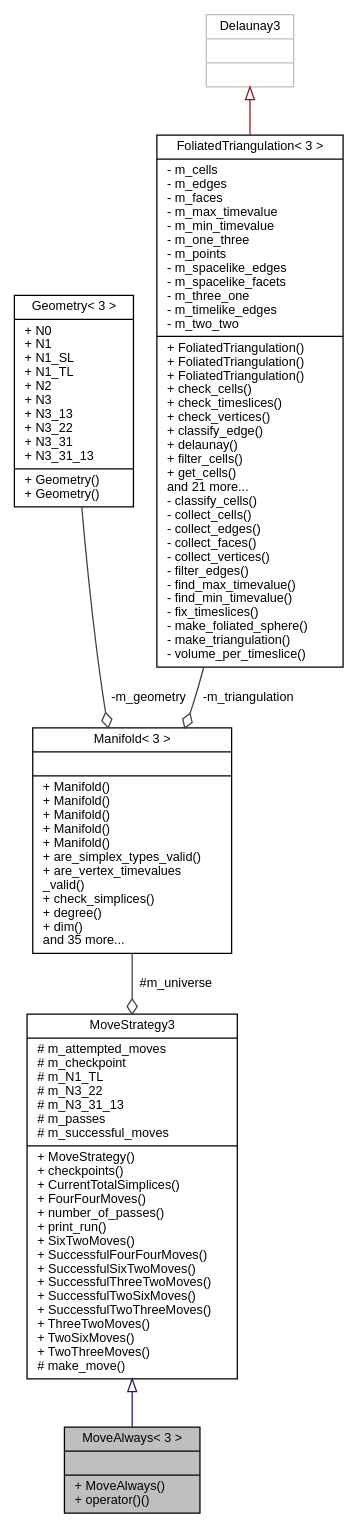
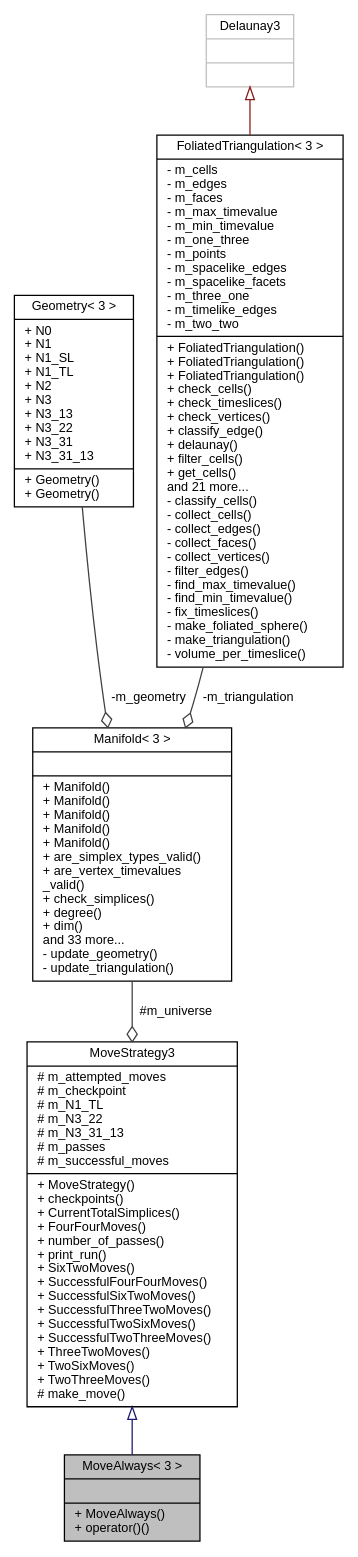
Before and after one commit to acgetchell/CDT-plusplus: the diagram in class_move_always_3_013_01_4__coll__graph.dot, drawn with Graphviz. The commit also changed 232 other files, not shown here.

```diff
--- a/class_move_always_3_013_01_4__coll__graph.dot
+++ b/class_move_always_3_013_01_4__coll__graph.dot
@@ -1,17 +1,17 @@
 digraph "MoveAlways&lt; 3 &gt;"
 {
  // LATEX_PDF_SIZE
   edge [fontname="Helvetica",fontsize="10",labelfontname="Helvetica",labelfontsize="10"];
   node [fontname="Helvetica",fontsize="10",shape=record];
   Node1 [label="{MoveAlways\< 3 \>\n||+ MoveAlways()\l+ operator()()\l}",height=0.2,width=0.4,color="black", fillcolor="grey75", style="filled", fontcolor="black",tooltip=" "];
   Node2 -> Node1 [dir="back",color="midnightblue",fontsize="10",style="solid",arrowtail="onormal",fontname="Helvetica"];
   Node2 [label="{MoveStrategy3\n|# m_attempted_moves\l# m_checkpoint\l# m_N1_TL\l# m_N3_22\l# m_N3_31_13\l# m_passes\l# m_successful_moves\l|+ MoveStrategy()\l+ checkpoints()\l+ CurrentTotalSimplices()\l+ FourFourMoves()\l+ number_of_passes()\l+ print_run()\l+ SixTwoMoves()\l+ SuccessfulFourFourMoves()\l+ SuccessfulSixTwoMoves()\l+ SuccessfulThreeTwoMoves()\l+ SuccessfulTwoSixMoves()\l+ SuccessfulTwoThreeMoves()\l+ ThreeTwoMoves()\l+ TwoSixMoves()\l+ TwoThreeMoves()\l# make_move()\l}",height=0.2,width=0.4,color="black", fillcolor="white", style="filled",URL="$class_move_strategy_3_013_01_4.html",tooltip=" "];
   Node3 -> Node2 [color="grey25",fontsize="10",style="solid",label=" #m_universe" ,arrowhead="odiamond",fontname="Helvetica"];
-  Node3 [label="{Manifold\< 3 \>\n||+ Manifold()\l+ Manifold()\l+ Manifold()\l+ Manifold()\l+ Manifold()\l+ are_simplex_types_valid()\l+ are_vertex_timevalues\l_valid()\l+ check_simplices()\l+ degree()\l+ dim()\land 35 more...\l}",height=0.2,width=0.4,color="black", fillcolor="white", style="filled",URL="$class_manifold_3_013_01_4.html",tooltip="3D Manifold"];
+  Node3 [label="{Manifold\< 3 \>\n||+ Manifold()\l+ Manifold()\l+ Manifold()\l+ Manifold()\l+ Manifold()\l+ are_simplex_types_valid()\l+ are_vertex_timevalues\l_valid()\l+ check_simplices()\l+ degree()\l+ dim()\land 33 more...\l- update_geometry()\l- update_triangulation()\l}",height=0.2,width=0.4,color="black", fillcolor="white", style="filled",URL="$class_manifold_3_013_01_4.html",tooltip="3D Manifold"];
   Node4 -> Node3 [color="grey25",fontsize="10",style="solid",label=" -m_geometry" ,arrowhead="odiamond",fontname="Helvetica"];
   Node4 [label="{Geometry\< 3 \>\n|+ N0\l+ N1\l+ N1_SL\l+ N1_TL\l+ N2\l+ N3\l+ N3_13\l+ N3_22\l+ N3_31\l+ N3_31_13\l|+ Geometry()\l+ Geometry()\l}",height=0.2,width=0.4,color="black", fillcolor="white", style="filled",URL="$struct_geometry_3_013_01_4.html",tooltip="3D Geometry"];
   Node5 -> Node3 [color="grey25",fontsize="10",style="solid",label=" -m_triangulation" ,arrowhead="odiamond",fontname="Helvetica"];
   Node5 [label="{FoliatedTriangulation\< 3 \>\n|- m_cells\l- m_edges\l- m_faces\l- m_max_timevalue\l- m_min_timevalue\l- m_one_three\l- m_points\l- m_spacelike_edges\l- m_spacelike_facets\l- m_three_one\l- m_timelike_edges\l- m_two_two\l|+ FoliatedTriangulation()\l+ FoliatedTriangulation()\l+ FoliatedTriangulation()\l+ check_cells()\l+ check_timeslices()\l+ check_vertices()\l+ classify_edge()\l+ delaunay()\l+ filter_cells()\l+ get_cells()\land 21 more...\l- classify_cells()\l- collect_cells()\l- collect_edges()\l- collect_faces()\l- collect_vertices()\l- filter_edges()\l- find_max_timevalue()\l- find_min_timevalue()\l- fix_timeslices()\l- make_foliated_sphere()\l- make_triangulation()\l- volume_per_timeslice()\l}",height=0.2,width=0.4,color="black", fillcolor="white", style="filled",URL="$class_foliated_triangulation_3_013_01_4.html",tooltip="3D Triangulation"];
   Node6 -> Node5 [dir="back",color="firebrick4",fontsize="10",style="solid",arrowtail="onormal",fontname="Helvetica"];
   Node6 [label="{Delaunay3\n||}",height=0.2,width=0.4,color="grey75", fillcolor="white", style="filled",tooltip=" "];
 }
```
